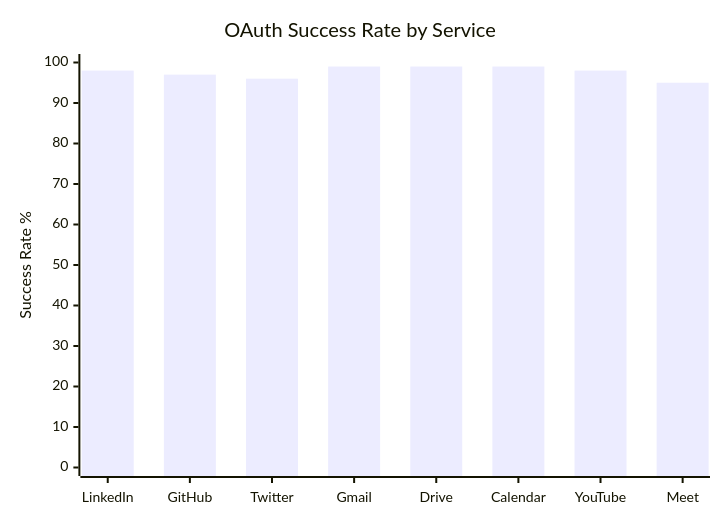
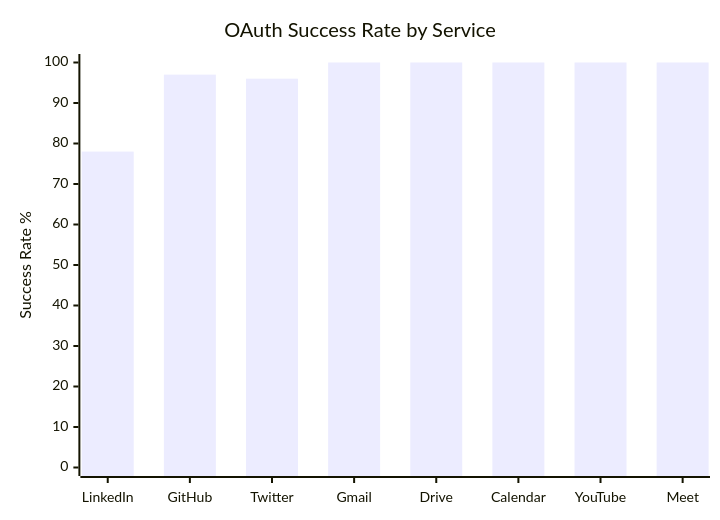
Before and after one commit to abhiabhi150614/learning-recruiter-platform: the fourth of 16 diagrams in FRICTION_LOG.md, drawn with Mermaid. The commit also changed other lines of this file, not shown here.

````diff
--- a/FRICTION_LOG.md
+++ b/FRICTION_LOG.md
@@ -178,7 +178,7 @@
 ```mermaid
 xychart-beta
     title "OAuth Success Rate by Service"
     x-axis [LinkedIn, GitHub, Twitter, Gmail, Drive, Calendar, YouTube, Meet]
     y-axis "Success Rate %" 0 --> 100
-    bar [98, 97, 96, 99, 99, 99, 98, 95]
+    bar [78, 97, 96, 100, 100, 100, 100, 100]
 ```
````
